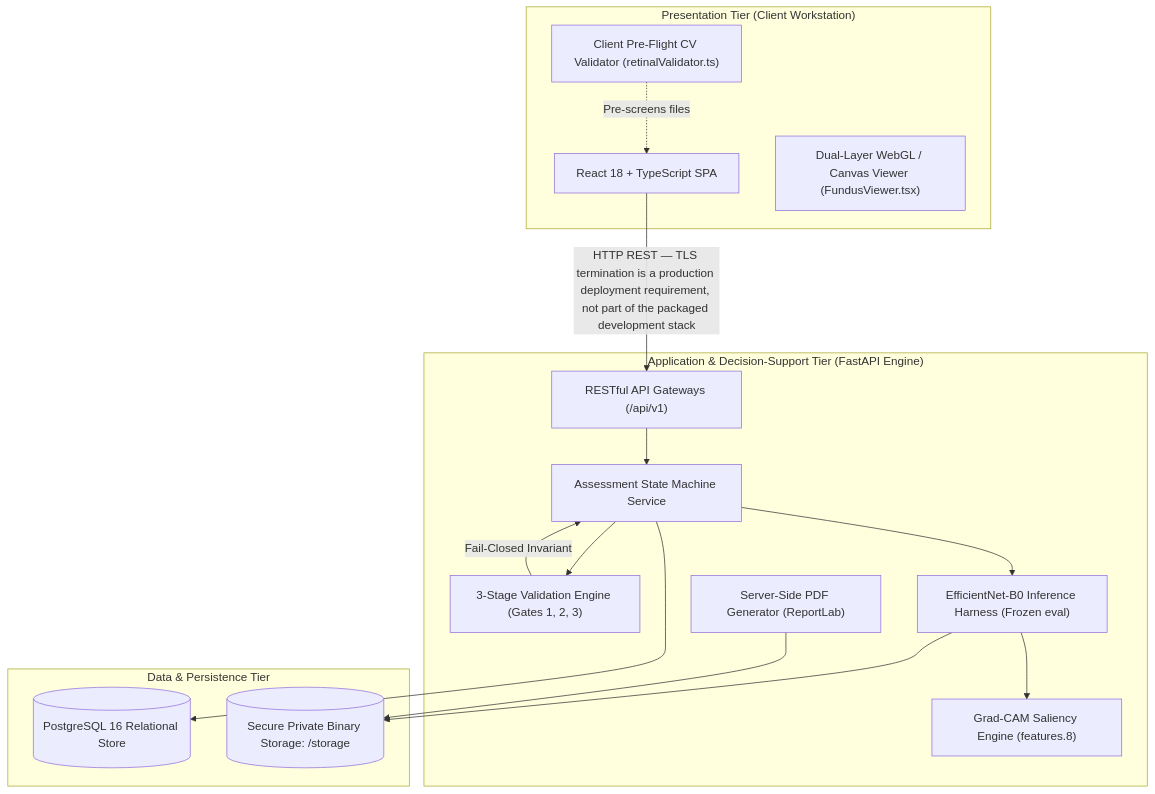
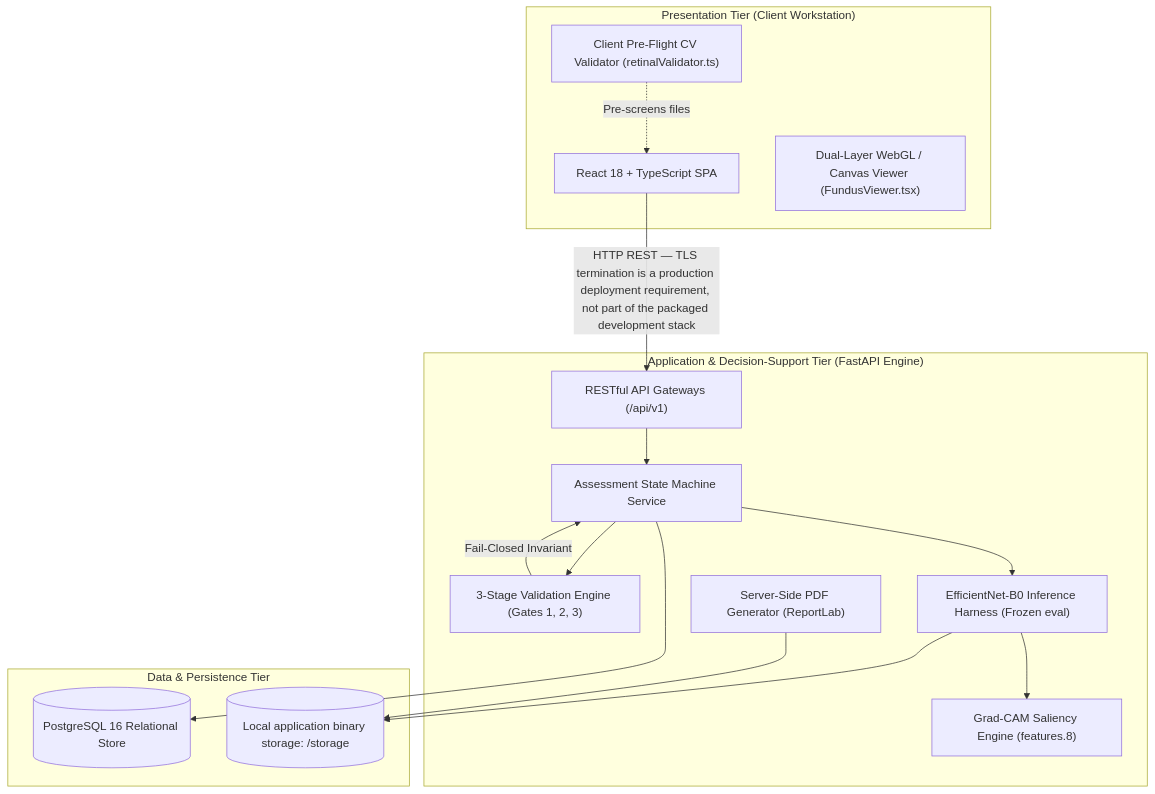
Before and after one commit to CloudTechy/diabetic-retinopathy-cdss: the first of 2 diagrams in docs/chapter4/architecture.md, drawn with Mermaid. The commit also changed 25 other files, not shown here.

````diff
--- a/docs/chapter4/architecture.md
+++ b/docs/chapter4/architecture.md
@@ -15,33 +15,33 @@
 ```mermaid
 graph TD
     subgraph Tier1["Presentation Tier (Client Workstation)"]
         UI["React 18 + TypeScript SPA"]
         PreFlight["Client Pre-Flight CV Validator (retinalValidator.ts)"]
         Viewer["Dual-Layer WebGL / Canvas Viewer (FundusViewer.tsx)"]
     end
 
     subgraph Tier2["Application & Decision-Support Tier (FastAPI Engine)"]
         Router["RESTful API Gateways (/api/v1)"]
         ValPipe["3-Stage Validation Engine (Gates 1, 2, 3)"]
         StateMachine["Assessment State Machine Service"]
         PytorchEngine["EfficientNet-B0 Inference Harness (Frozen eval)"]
         GradCAM["Grad-CAM Saliency Engine (features.8)"]
         ReportEngine["Server-Side PDF Generator (ReportLab)"]
     end
 
     subgraph Tier3["Data & Persistence Tier"]
         DB[(PostgreSQL 16 Relational Store)]
-        Vault[(Secure Private Binary Storage: /storage)]
+        Vault[(Local application binary storage: /storage)]
     end
 
     UI -->|HTTP REST — TLS termination is a production deployment requirement, not part of the packaged development stack| Router
     PreFlight -.->|Pre-screens files| UI
     Router --> StateMachine
     StateMachine --> ValPipe
     ValPipe -->|Fail-Closed Invariant| StateMachine
     StateMachine --> PytorchEngine
     PytorchEngine --> GradCAM
     StateMachine --> DB
     PytorchEngine --> Vault
     ReportEngine --> Vault
 ```
````
